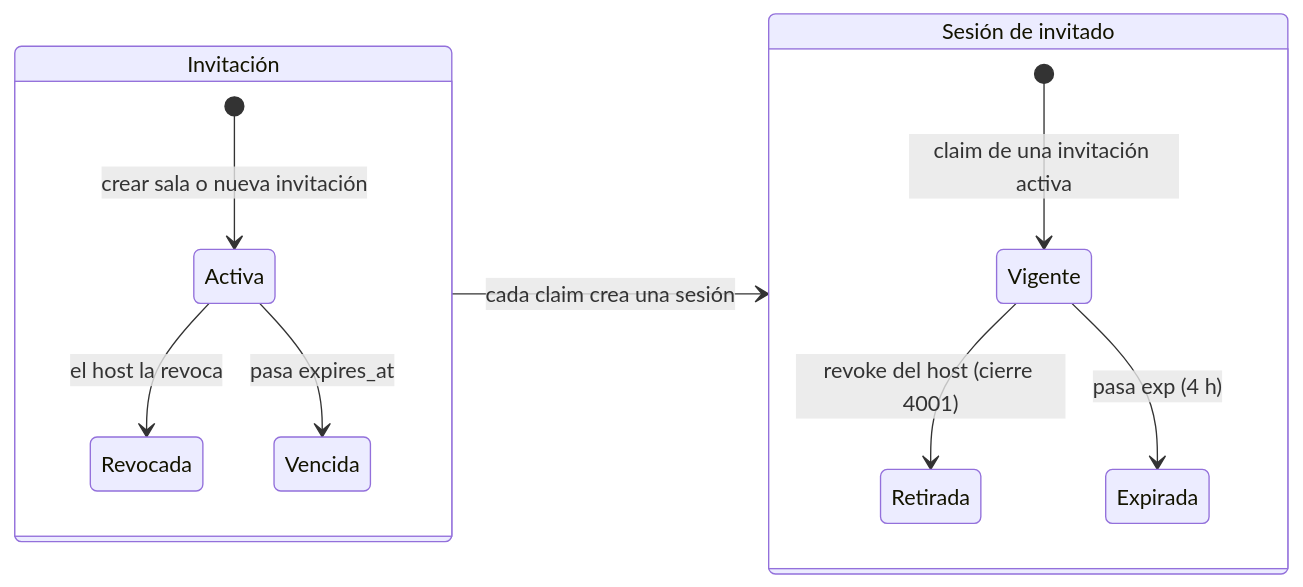
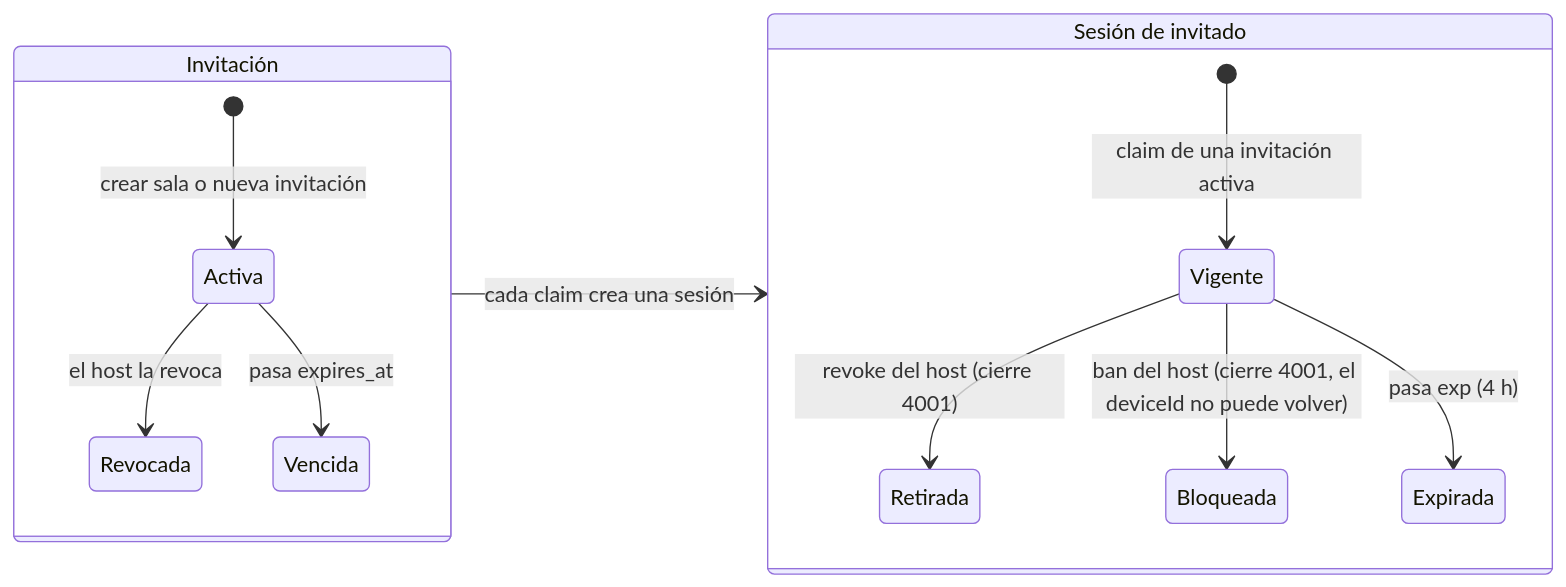
One commit to N1ghtlyC0de/TINT changed the ninth of 10 diagrams in docs/usuarios-e-identidad.md. Above: the diagram before and after it, drawn with Mermaid. The commit also changed other lines of this file and 5 other files, not shown here.

````diff
--- a/docs/usuarios-e-identidad.md
+++ b/docs/usuarios-e-identidad.md
@@ -354,15 +411,16 @@
 ```mermaid
 stateDiagram-v2
     direction LR
     state "Invitación" as INV {
         [*] --> Activa: crear sala o nueva invitación
         Activa --> Revocada: el host la revoca
         Activa --> Vencida: pasa expires_at
     }
     state "Sesión de invitado" as GS {
         [*] --> Vigente: claim de una invitación activa
         Vigente --> Retirada: revoke del host (cierre 4001)
+        Vigente --> Bloqueada: ban del host (cierre 4001, el deviceId no puede volver)
         Vigente --> Expirada: pasa exp (4 h)
     }
     INV --> GS: cada claim crea una sesión
 ```
````
